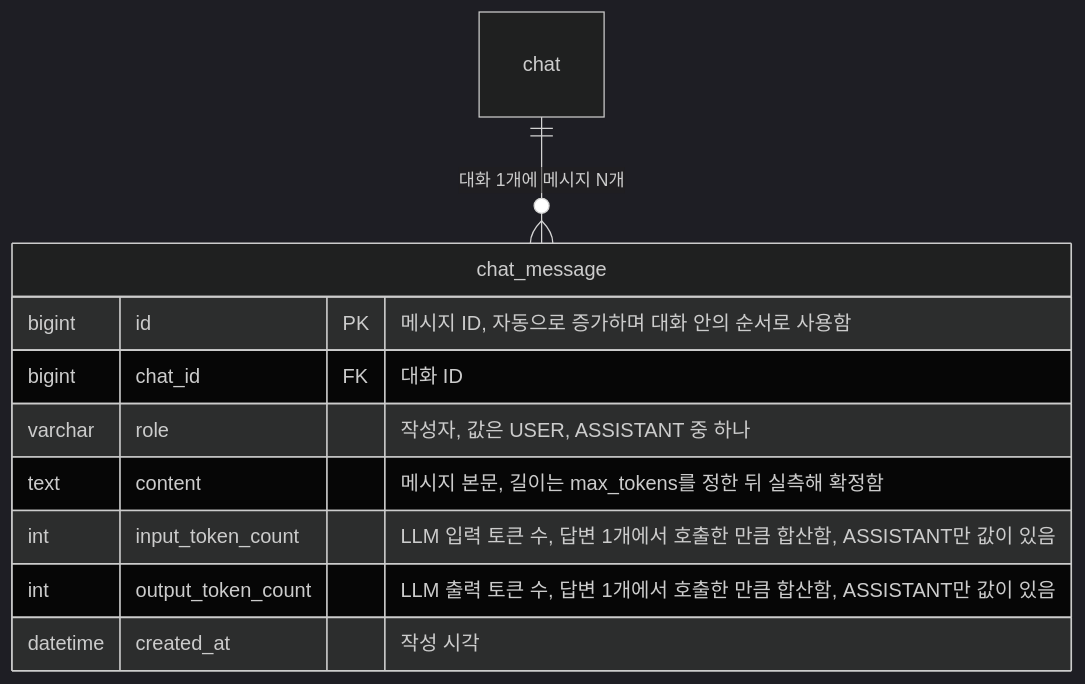
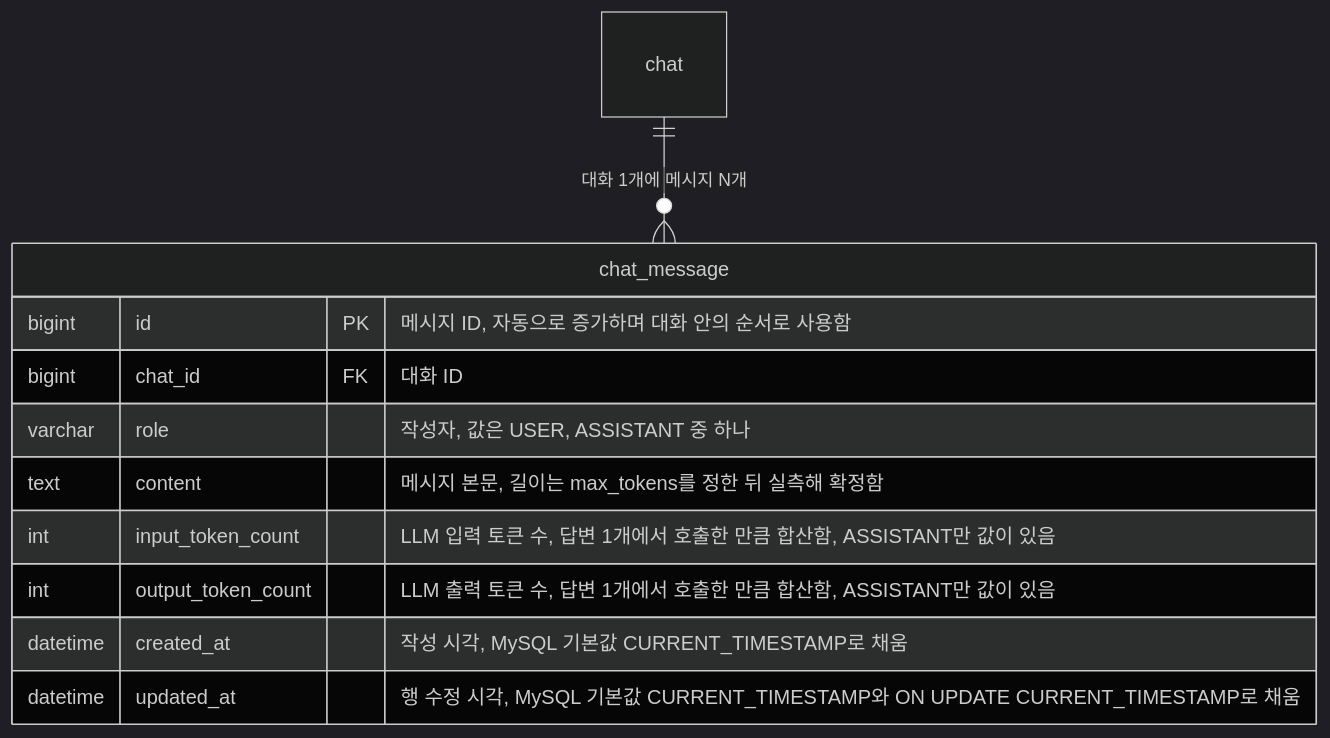
The ninth of 12 diagrams in docs/erd.md (f-lab-edu/jipsee), drawn with Mermaid (dark theme) before and after one commit. The commit also changed other lines of this file, not shown here.

Commit message:
docs: chat, chat_message에 생성 시각과 수정 시각 컬럼 추가

````diff
--- a/docs/erd.md
+++ b/docs/erd.md
@@ -254,13 +255,14 @@
 ```mermaid
 erDiagram
     chat ||--o{ chat_message : "대화 1개에 메시지 N개"
     chat_message {
         bigint id PK "메시지 ID, 자동으로 증가하며 대화 안의 순서로 사용함"
         bigint chat_id FK "대화 ID"
         varchar role "작성자, 값은 USER, ASSISTANT 중 하나"
         text content "메시지 본문, 길이는 max_tokens를 정한 뒤 실측해 확정함"
         int input_token_count "LLM 입력 토큰 수, 답변 1개에서 호출한 만큼 합산함, ASSISTANT만 값이 있음"
         int output_token_count "LLM 출력 토큰 수, 답변 1개에서 호출한 만큼 합산함, ASSISTANT만 값이 있음"
-        datetime created_at "작성 시각"
+        datetime created_at "작성 시각, MySQL 기본값 CURRENT_TIMESTAMP로 채움"
+        datetime updated_at "행 수정 시각, MySQL 기본값 CURRENT_TIMESTAMP와 ON UPDATE CURRENT_TIMESTAMP로 채움"
     }
 ```
````
